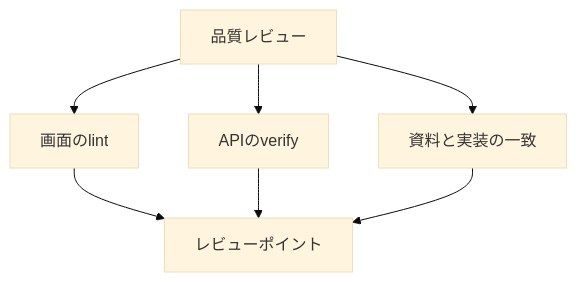
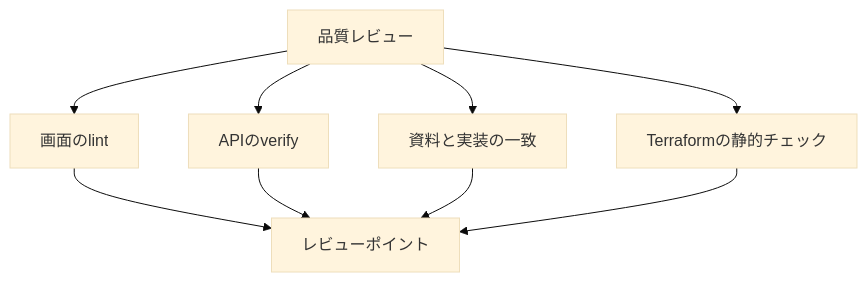
The diagram in .cursor/skills/quality-review/SKILL.md (pfgnsb/kadai-kanri-board), drawn with Mermaid (base theme) before and after one commit. The commit also changed other lines of this file and 1 other file, not shown here.

````diff
--- a/.cursor/skills/quality-review/SKILL.md
+++ b/.cursor/skills/quality-review/SKILL.md
@@ -13,9 +14,11 @@
 ```mermaid
 flowchart TD
   review[品質レビュー] --> ui[画面のlint]
   review --> api[APIのverify]
   review --> spec[資料と実装の一致]
+  review --> tf[Terraformの静的チェック]
   ui --> points[レビューポイント]
   api --> points
   spec --> points
+  tf --> points
 ```
````
